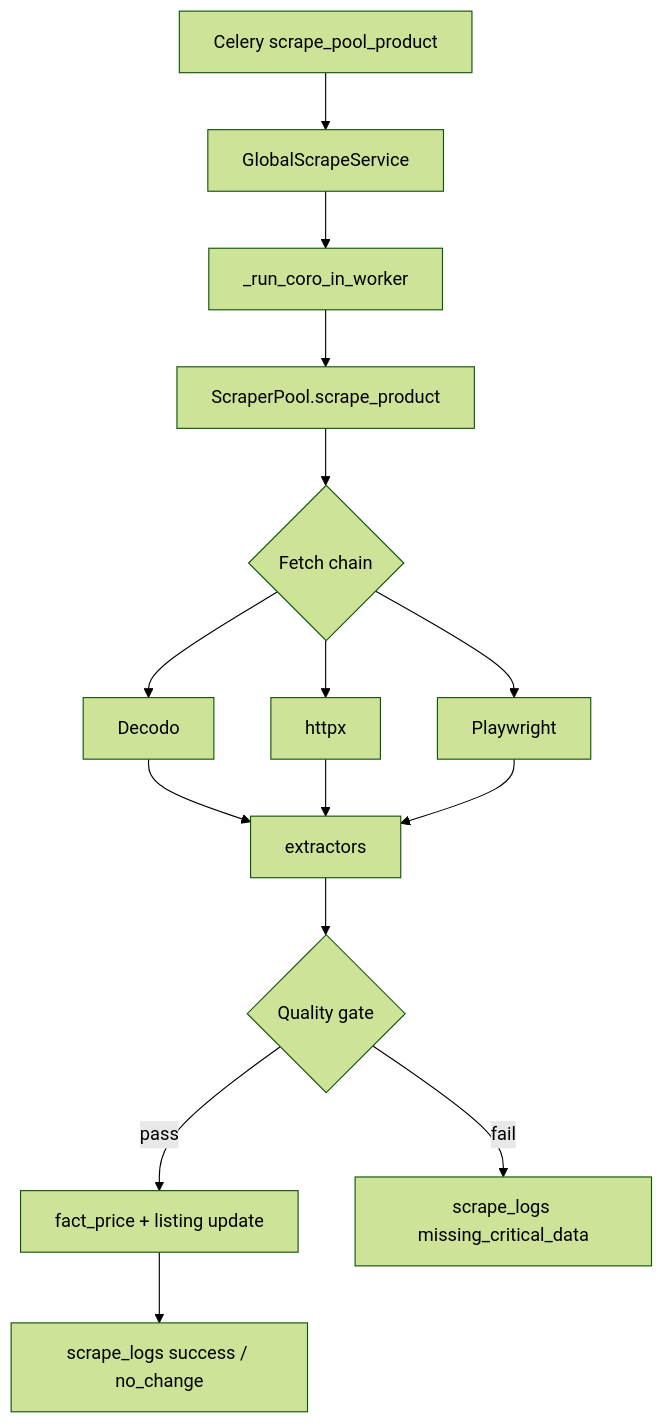
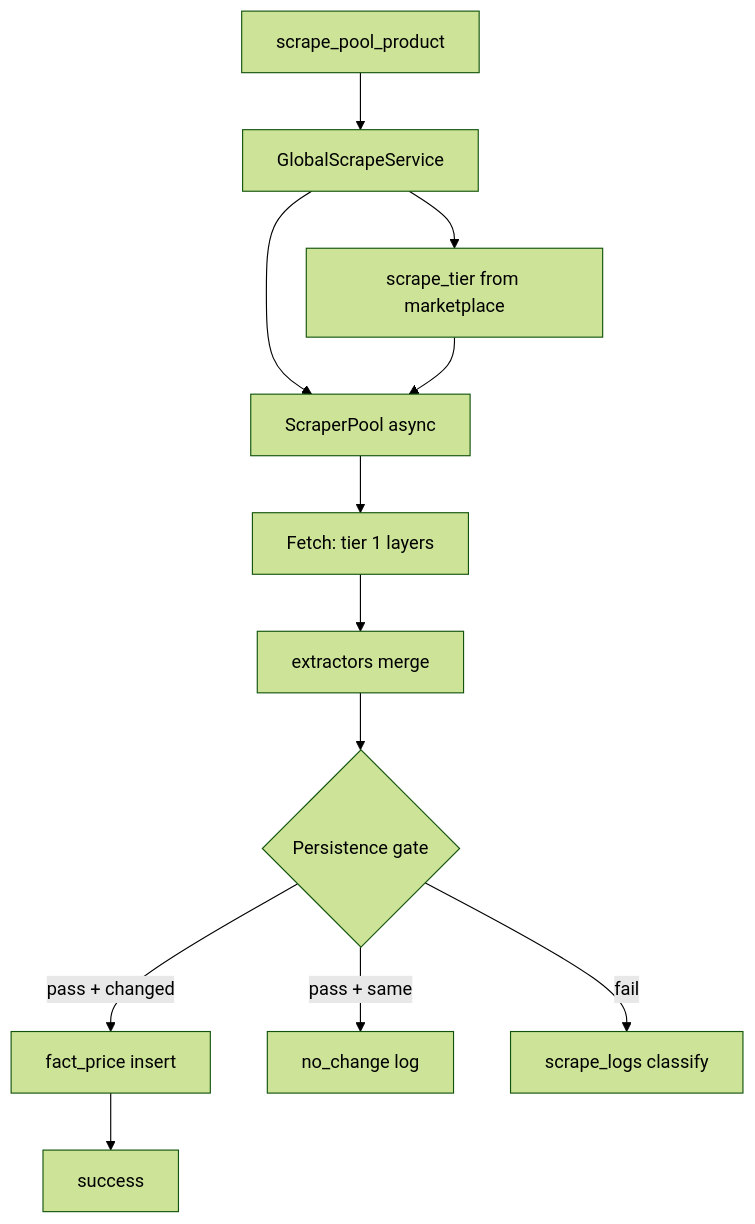
One commit to vladgorbachov/imperecta changed the first of 3 diagrams in Imperecta_Parsing.md. Above: the diagram before and after it, drawn with Mermaid (forest theme). The commit also changed other lines of this file and 33 other files, not shown here.

Commit message:
Display currency UI and httpx-first scrape

````diff
--- a/Imperecta_Parsing.md
+++ b/Imperecta_Parsing.md
@@ -325,17 +428,14 @@
 ```mermaid
 flowchart TD
-    A[Celery scrape_pool_product] --> B[GlobalScrapeService]
-    B --> C[_run_coro_in_worker]
-    C --> D[ScraperPool.scrape_product]
-    D --> E{Fetch chain}
-    E --> F[Decodo]
-    E --> G[httpx]
-    E --> H[Playwright]
-    F --> I[extractors]
-    G --> I
-    H --> I
-    I --> J{Quality gate}
-    J -->|pass| K[fact_price + listing update]
-    J -->|fail| L[scrape_logs missing_critical_data]
-    K --> M[scrape_logs success / no_change]
+    T[scrape_pool_product] --> S[GlobalScrapeService]
+    S --> P[ScraperPool async]
+    S --> TIER[scrape_tier from marketplace]
+    TIER --> P
+    P --> F[Fetch: tier 1 layers]
+    F --> E[extractors merge]
+    E --> G{Persistence gate}
+    G -->|pass + changed| FP[fact_price insert]
+    G -->|pass + same| NC[no_change log]
+    G -->|fail| SL[scrape_logs classify]
+    FP --> OK[success]
 ```
````
